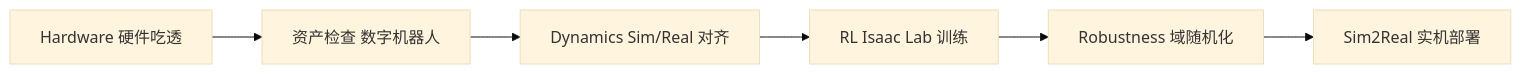
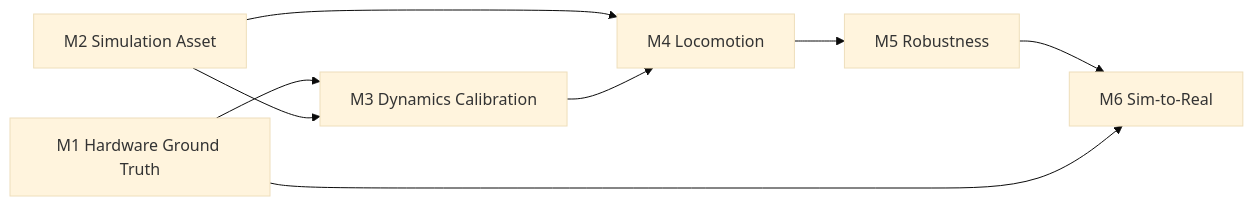
The diagram in page/stackforce/Roadmap与里程碑.md (Kytolly/wiki-tutorial-Isaac), drawn with Mermaid (base theme) before and after one commit. The commit also changed other lines of this file and 99 other files, not shown here.

````diff
--- a/page/stackforce/Roadmap与里程碑.md
+++ b/page/stackforce/Roadmap与里程碑.md
@@ -30,8 +22,10 @@
 ```mermaid
 flowchart LR
-    M1[Hardware 硬件吃透] --> M2[资产检查 数字机器人]
-    M2 --> M3[Dynamics Sim/Real 对齐]
-    M3 --> M4[RL Isaac Lab 训练]
-    M4 --> M5[Robustness 域随机化]
-    M5 --> M6[Sim2Real 实机部署]
+    M1[M1 Hardware Ground Truth] --> M3[M3 Dynamics Calibration]
+    M2[M2 Simulation Asset] --> M3
+    M2 --> M4[M4 Locomotion]
+    M3 --> M4
+    M4 --> M5[M5 Robustness]
+    M5 --> M6[M6 Sim-to-Real]
+    M1 --> M6
 ```
````
